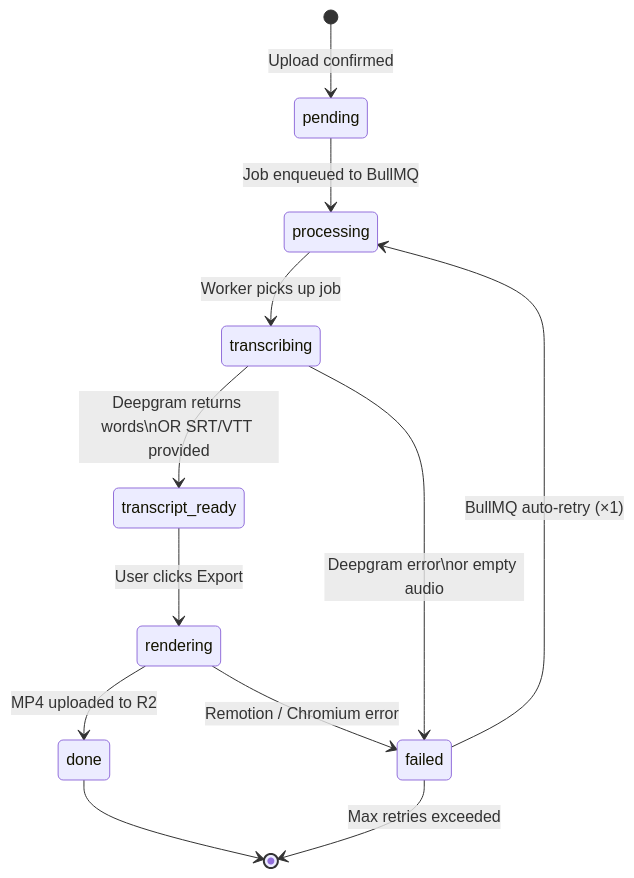
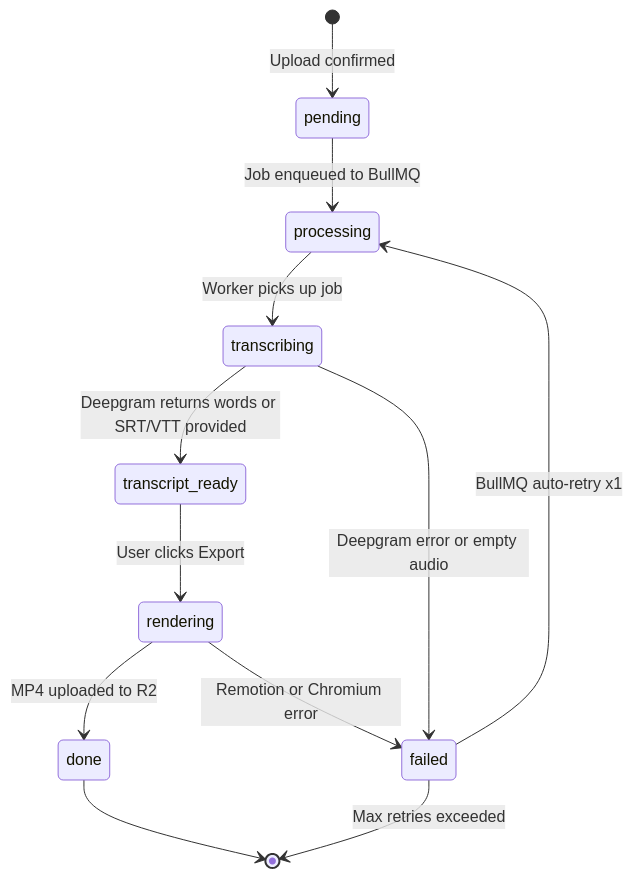
Before and after one commit to Nayab-Sarfaraj/caption-ai: the second of 3 diagrams in README.md, drawn with Mermaid. The commit also changed other lines of this file, not shown here.

Commit message:
feat: refine architecture diagrams and improve clarity in README.md

````diff
--- a/README.md
+++ b/README.md
@@ -113,18 +110,14 @@
 ```mermaid
 stateDiagram-v2
     [*] --> pending : Upload confirmed
-
     pending --> processing : Job enqueued to BullMQ
     processing --> transcribing : Worker picks up job
-
-    transcribing --> transcript_ready : Deepgram returns words\nOR SRT/VTT provided
+    transcribing --> transcript_ready : Deepgram returns words or SRT/VTT provided
     transcript_ready --> rendering : User clicks Export
-
     rendering --> done : MP4 uploaded to R2
     done --> [*]
-
-    transcribing --> failed : Deepgram error\nor empty audio
-    rendering --> failed : Remotion / Chromium error
-    failed --> processing : BullMQ auto-retry (×1)
+    transcribing --> failed : Deepgram error or empty audio
+    rendering --> failed : Remotion or Chromium error
+    failed --> processing : BullMQ auto-retry x1
     failed --> [*] : Max retries exceeded
 ```
````
